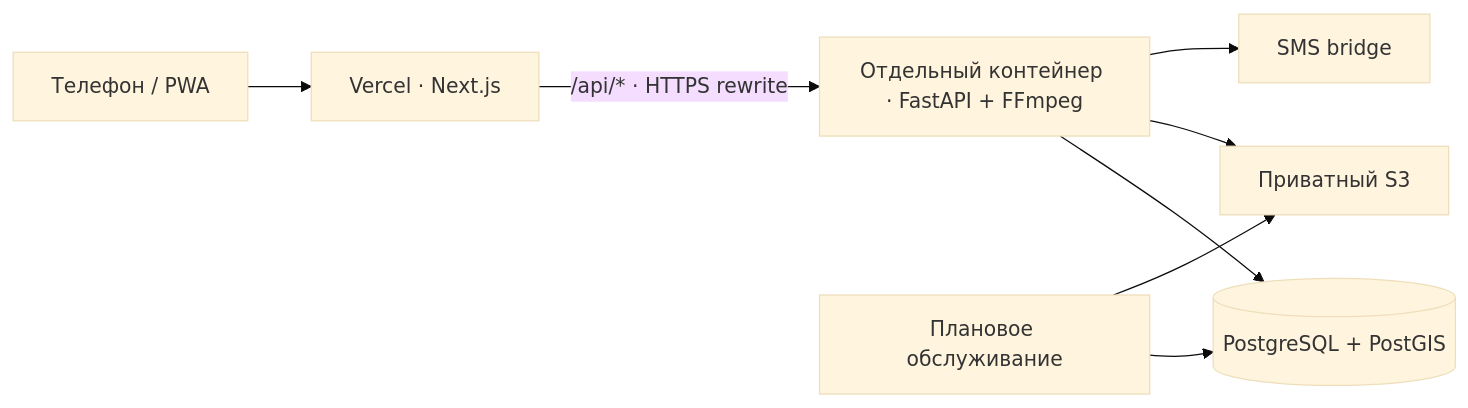
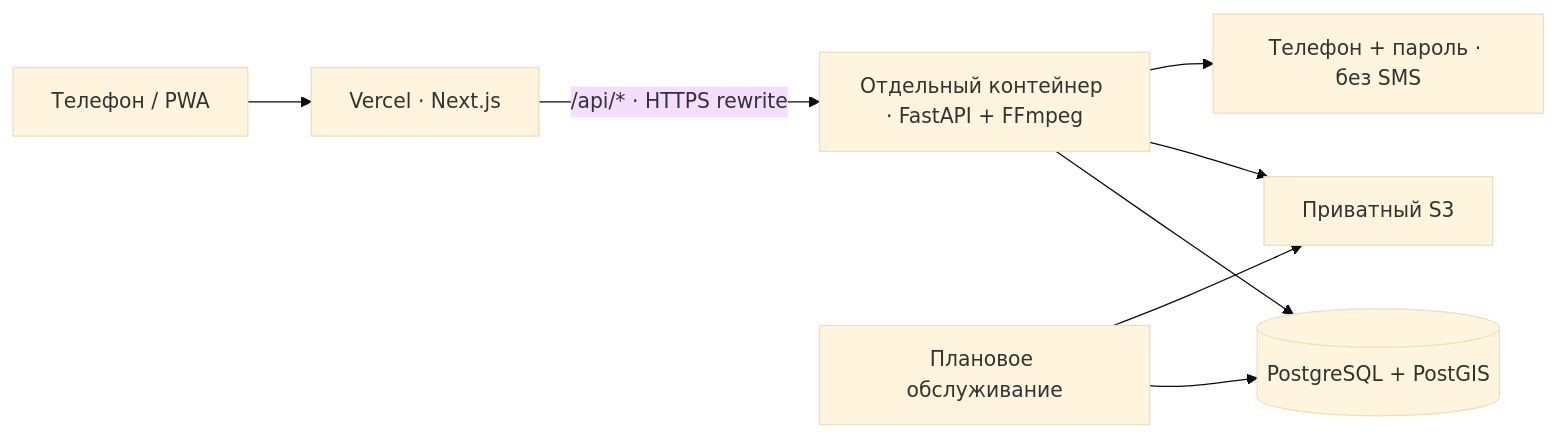
Before and after one commit to ernur077sss-art/RoadScan-AI: the diagram in docs/DEPLOY_VERCEL.md, drawn with Mermaid (base theme). The commit also changed other lines of this file and 36 other files, not shown here.

````diff
--- a/docs/DEPLOY_VERCEL.md
+++ b/docs/DEPLOY_VERCEL.md
@@ -7,10 +9,10 @@
 ```mermaid
 flowchart LR
     Phone["Телефон / PWA"] --> Web["Vercel · Next.js"]
     Web -->|"/api/* · HTTPS rewrite"| API["Отдельный контейнер · FastAPI + FFmpeg"]
     API --> DB[("PostgreSQL + PostGIS")]
     API --> S3["Приватный S3"]
-    API --> SMS["SMS bridge"]
+    API --> Auth["Телефон + пароль · без SMS"]
     Job["Плановое обслуживание"] --> DB
     Job --> S3
 ```
````
